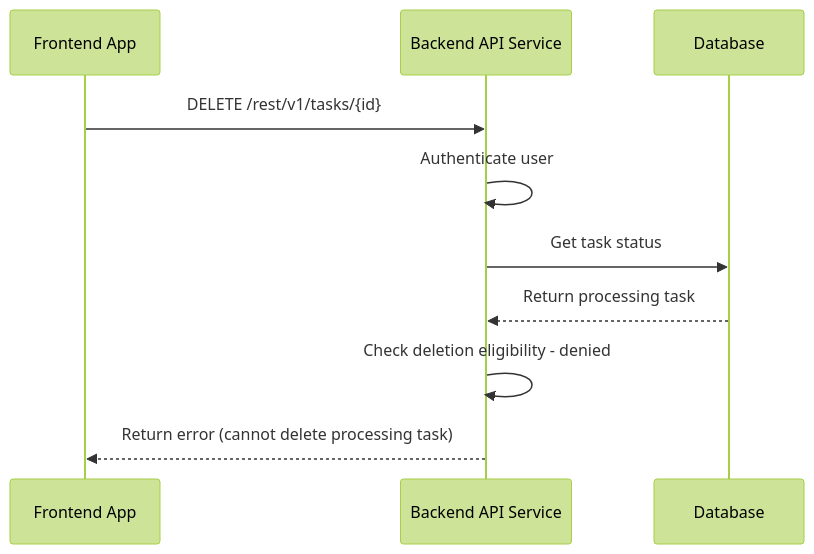
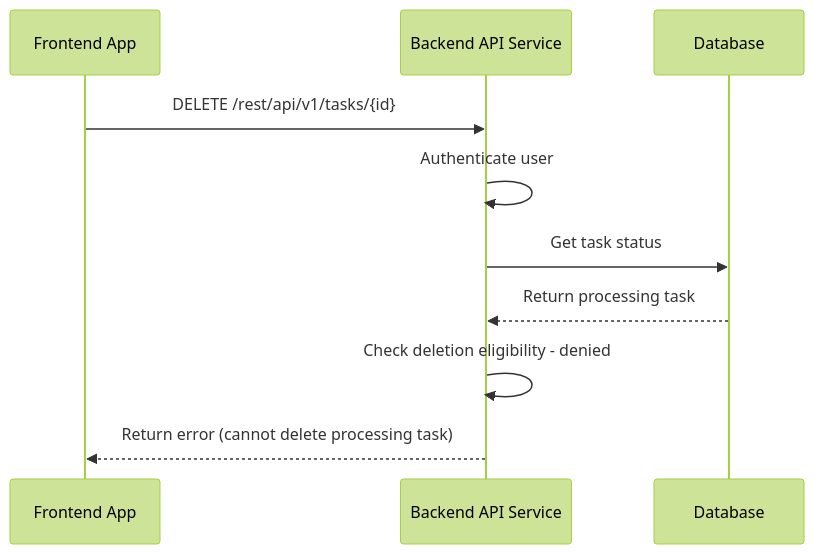
Before and after one commit to andrewhzy/SpringHttpClientDataJpaDemo: the ninth of 9 diagrams in docs/sequence-diagrams-api-handling.md, drawn with Mermaid (forest theme). The commit also changed other lines of this file and 8 other files, not shown here.

````diff
--- a/docs/sequence-diagrams-api-handling.md
+++ b/docs/sequence-diagrams-api-handling.md
@@ -217,15 +217,15 @@
 ```mermaid
 sequenceDiagram
     participant FE as Frontend App
     participant API as Backend API Service
     participant DB as Database
     
-    FE->>API: DELETE /rest/v1/tasks/{id}
+    FE->>API: DELETE /rest/api/v1/tasks/{id}
     API->>API: Authenticate user
     
     API->>DB: Get task status
     DB-->>API: Return processing task
     
     API->>API: Check deletion eligibility - denied
     API-->>FE: Return error (cannot delete processing task)
 ```
````
